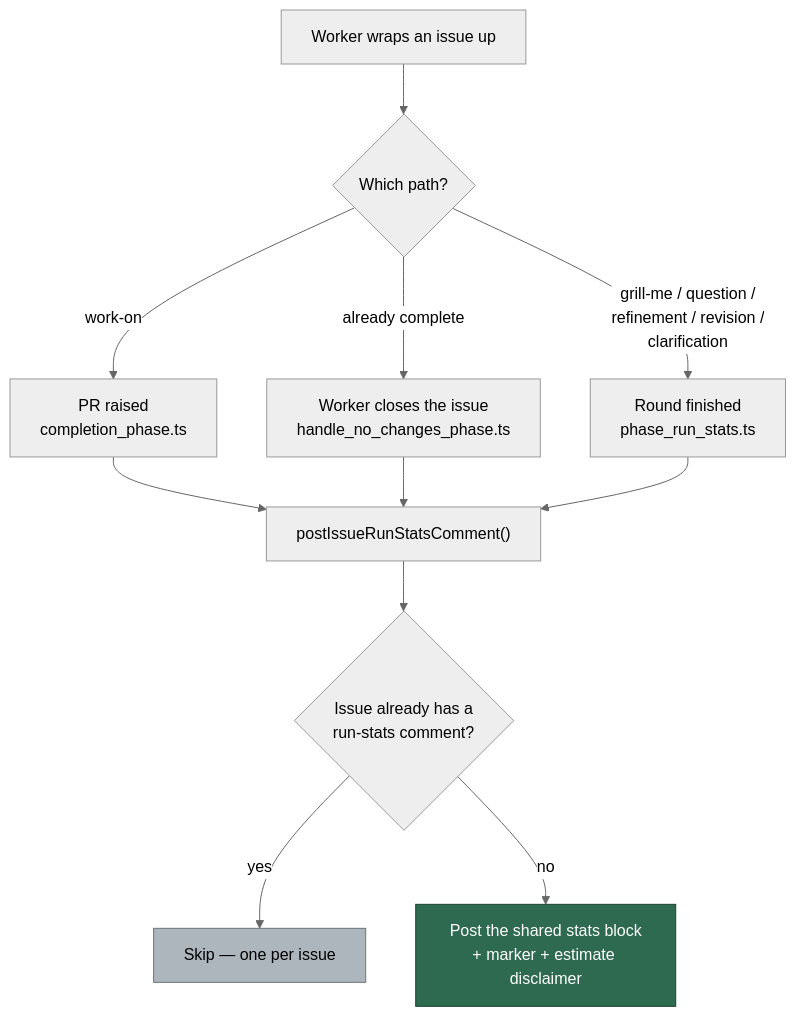
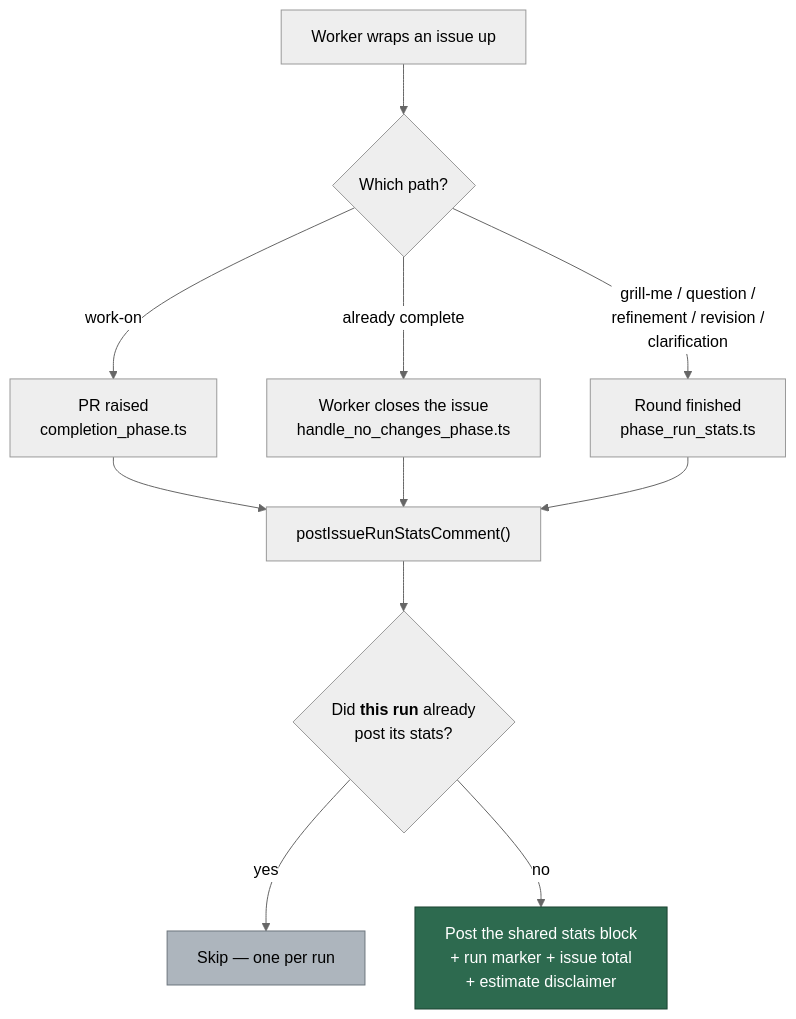
The fifth of 13 diagrams in docs/MODEL-AND-CACHING.md (stSoftwareAU/VibeCoder), drawn with Mermaid (neutral theme) before and after one commit. The commit also changed other lines of this file and 8 other files, not shown here.

First line of the commit message:
Report cost per run, not once per issue (Issue #797)

````diff
--- a/docs/MODEL-AND-CACHING.md
+++ b/docs/MODEL-AND-CACHING.md
@@ -1052,15 +1062,15 @@
 ```mermaid
 flowchart TD
     A["Worker wraps an issue up"] --> B{"Which path?"}
     B -->|work-on| C["PR raised<br/>completion_phase.ts"]
     B -->|already complete| D["Worker closes the issue<br/>handle_no_changes_phase.ts"]
     B -->|grill-me / question /<br/>refinement / revision /<br/>clarification| E["Round finished<br/>phase_run_stats.ts"]
     C --> F["postIssueRunStatsComment()"]
     D --> F
     E --> F
-    F --> G{"Issue already has a<br/>run-stats comment?"}
-    G -->|yes| H["Skip — one per issue"]
-    G -->|no| I["Post the shared stats block<br/>+ marker + estimate disclaimer"]
+    F --> G{"Did <b>this run</b> already<br/>post its stats?"}
+    G -->|yes| H["Skip — one per run"]
+    G -->|no| I["Post the shared stats block<br/>+ run marker + issue total<br/>+ estimate disclaimer"]
     style I fill:#2d6a4f,stroke:#1b4332,color:#fff
     style H fill:#adb5bd,stroke:#6c757d,color:#000
 ```
````
